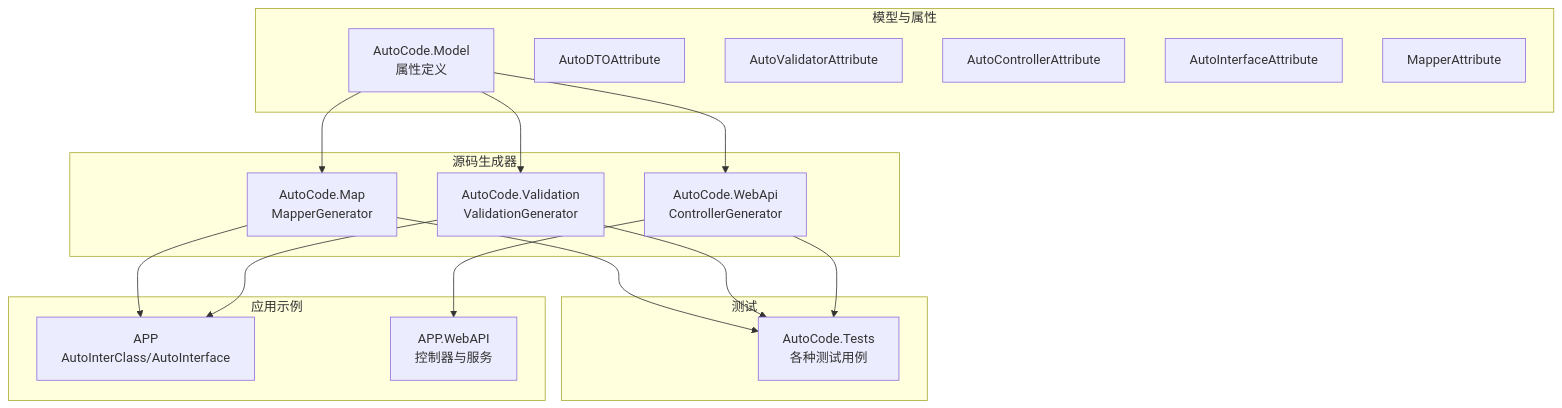
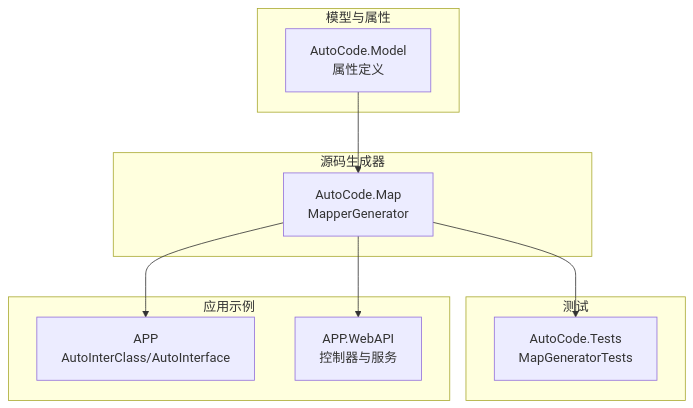
Before and after one commit to alivy/AutoCode: the first of 3 diagrams in .qoder/repowiki/zh/content/核心概念/属性系统.md, drawn with Mermaid. The commit also changed other lines of this file and 152 other files, not shown here.

````diff
--- a/.qoder/repowiki/zh/content/核心概念/属性系统.md
+++ b/.qoder/repowiki/zh/content/核心概念/属性系统.md
@@ -57,32 +48,20 @@
 ```mermaid
 graph TB
 subgraph "模型与属性"
 A["AutoCode.Model<br/>属性定义"]
-A1["AutoDTOAttribute"]
-A2["AutoValidatorAttribute"]
-A3["AutoControllerAttribute"]
-A4["AutoInterfaceAttribute"]
-A5["MapperAttribute"]
 end
 subgraph "源码生成器"
 B["AutoCode.Map<br/>MapperGenerator"]
-C["AutoCode.Validation<br/>ValidationGenerator"]
-D["AutoCode.WebApi<br/>ControllerGenerator"]
 end
 subgraph "测试"
-E["AutoCode.Tests<br/>各种测试用例"]
+C["AutoCode.Tests<br/>MapGeneratorTests"]
 end
 subgraph "应用示例"
-F["APP<br/>AutoInterClass/AutoInterface"]
-G["APP.WebAPI<br/>控制器与服务"]
+D["APP<br/>AutoInterClass/AutoInterface"]
+E["APP.WebAPI<br/>控制器与服务"]
 end
 A --> B
-A --> C
-A --> D
+B --> C
+B --> D
 B --> E
-C --> E
-D --> E
-B --> F
-C --> F
-D --> G
 ```
````
